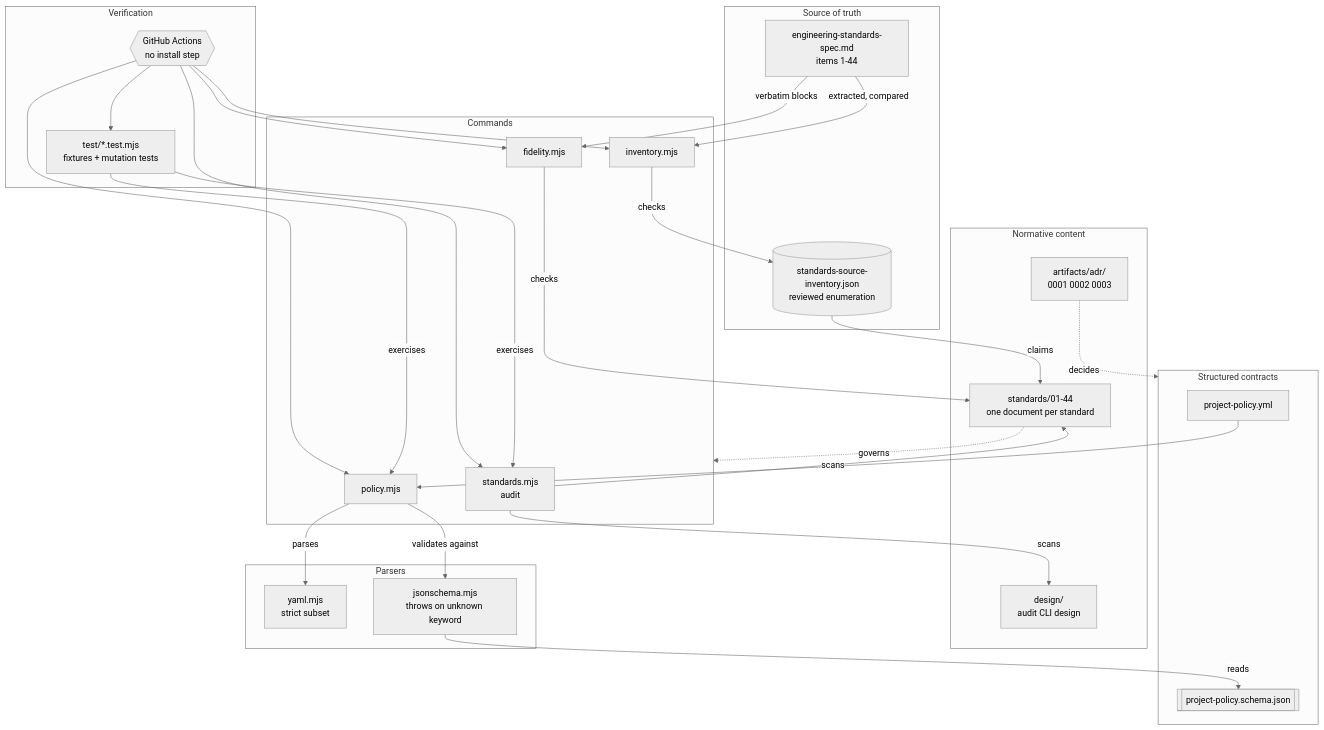
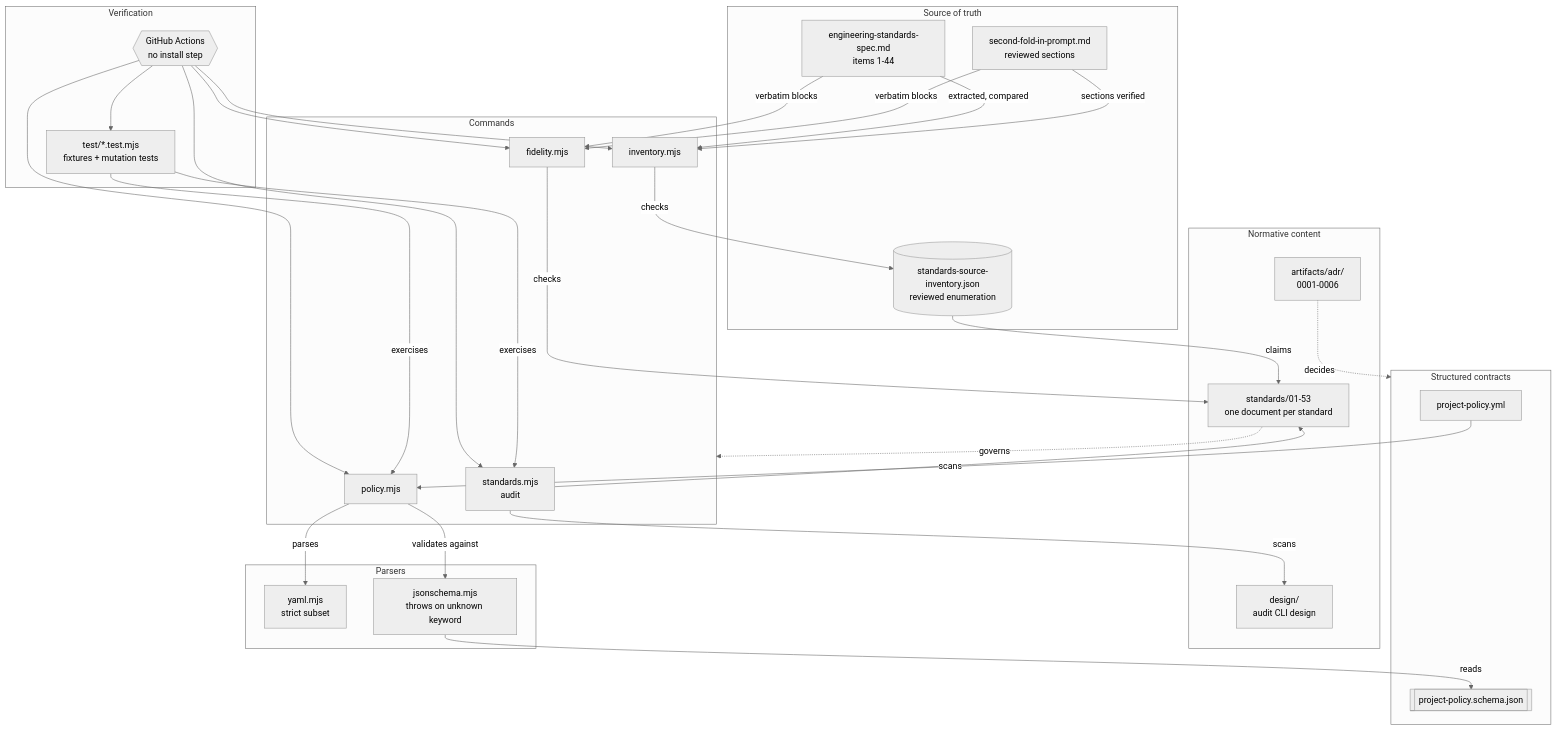
The diagram in docs/architecture.mmd (mikeycdavis/EngineeringStandards), drawn with Mermaid (neutral theme) before and after one commit. The commit also changed 12 other files, not shown here.

```diff
--- a/docs/architecture.mmd
+++ b/docs/architecture.mmd
@@ -1,58 +1,61 @@
 flowchart TB
     subgraph source["Source of truth"]
         spec["engineering-standards-spec.md<br/>items 1-44"]
+        spec2["second-fold-in-prompt.md<br/>reviewed sections"]
         inventory[("standards-source-inventory.json<br/>reviewed enumeration")]
     end
 
     subgraph normative["Normative content"]
-        stds["standards/01-44<br/>one document per standard"]
-        adrs["artifacts/adr/<br/>0001 0002 0003"]
+        stds["standards/01-53<br/>one document per standard"]
+        adrs["artifacts/adr/<br/>0001-0006"]
         design["design/<br/>audit CLI design"]
     end
 
     subgraph contracts["Structured contracts"]
         policy["project-policy.yml"]
         schema[["project-policy.schema.json"]]
     end
 
     subgraph tools["Commands"]
         audit["standards.mjs<br/>audit"]
         pol["policy.mjs"]
         inv["inventory.mjs"]
         fid["fidelity.mjs"]
     end
 
     subgraph support["Parsers"]
         yaml["yaml.mjs<br/>strict subset"]
         js["jsonschema.mjs<br/>throws on unknown keyword"]
     end
 
     subgraph verify["Verification"]
         tests["test/*.test.mjs<br/>fixtures + mutation tests"]
         ci{{"GitHub Actions<br/>no install step"}}
     end
 
     spec -->|extracted, compared| inv
+    spec2 -->|sections verified| inv
     inv -->|checks| inventory
     inventory -->|claims| stds
     spec -->|verbatim blocks| fid
+    spec2 -->|verbatim blocks| fid
     fid -->|checks| stds
 
     policy --> pol
     pol -->|parses| yaml
     pol -->|validates against| js
     js -->|reads| schema
 
     audit -->|scans| stds
     audit -->|scans| design
 
     ci --> inv
     ci --> fid
     ci --> pol
     ci --> tests
     ci --> audit
     tests -->|exercises| audit
     tests -->|exercises| pol
 
     stds -.->|governs| tools
     adrs -.->|decides| contracts
```
